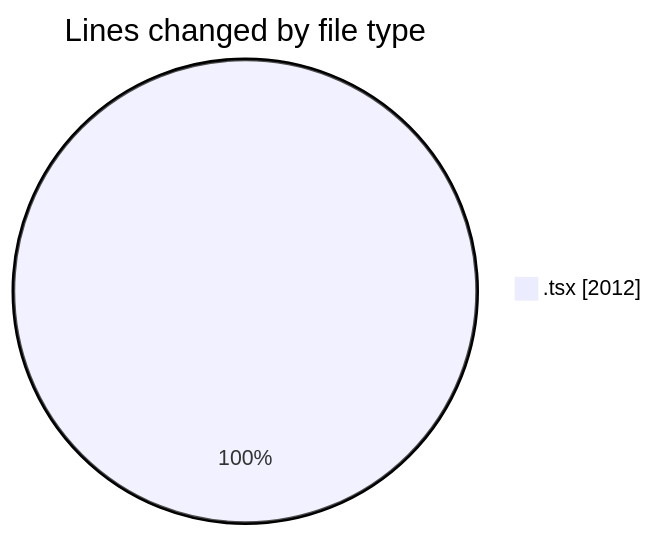
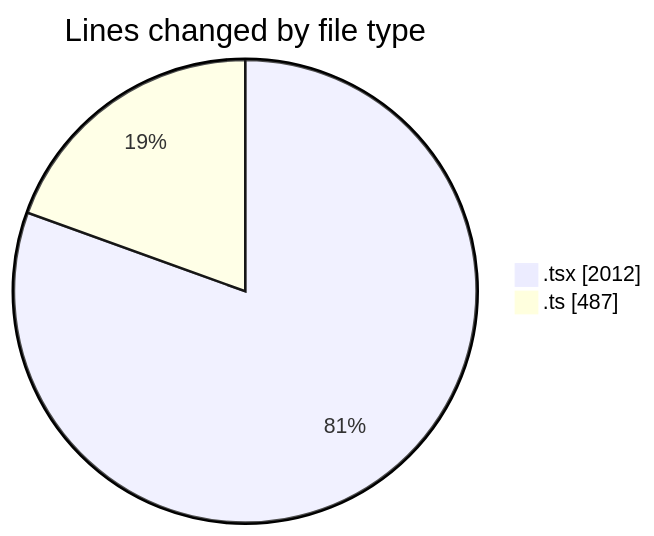
The first of 2 diagrams in 2026-03-31/nxtqube_webapp/README.md (nxtqubesakshisongat/code-tracking), drawn with Mermaid before and after one commit. The commit also changed other lines of this file and 1 other file, not shown here.

````diff
--- a/2026-03-31/nxtqube_webapp/README.md
+++ b/2026-03-31/nxtqube_webapp/README.md
@@ -22,5 +23,6 @@
 ```mermaid
 pie showData
 title Lines changed by file type
 ".tsx" : 2012
+".ts" : 487
 ```
````
